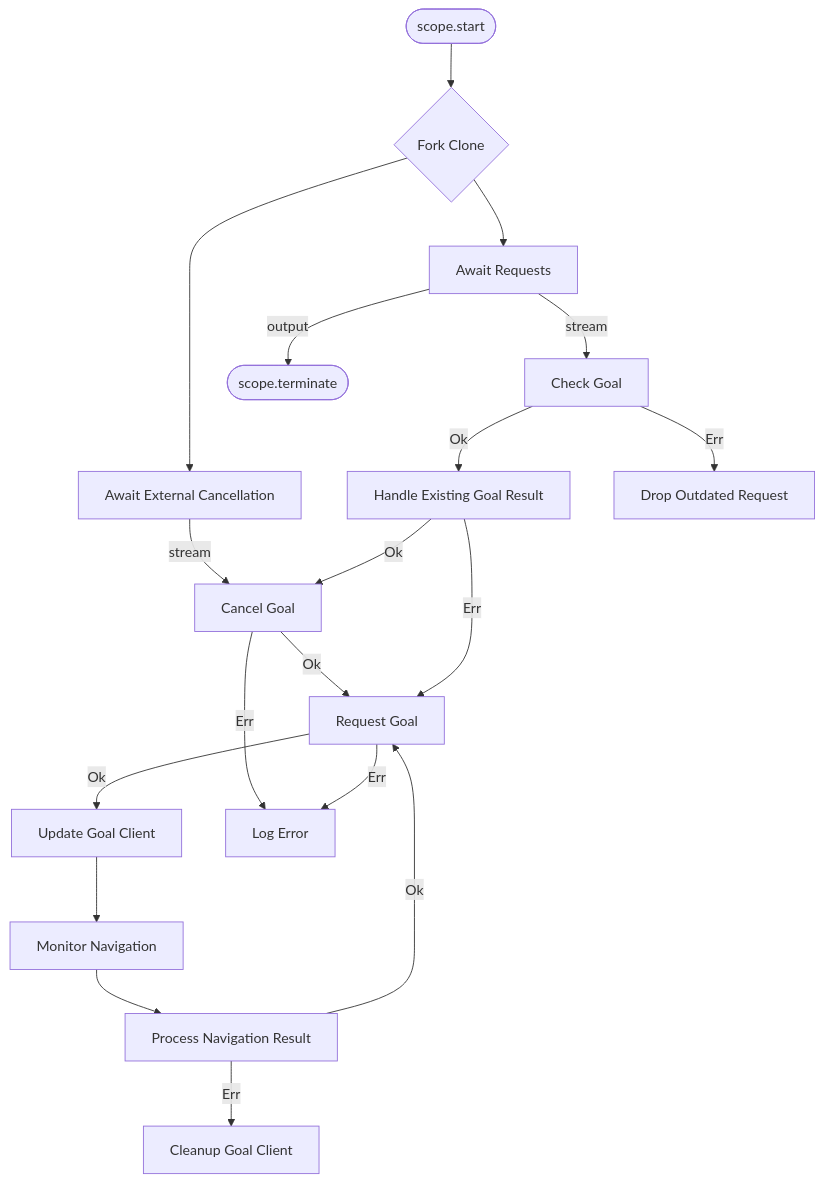
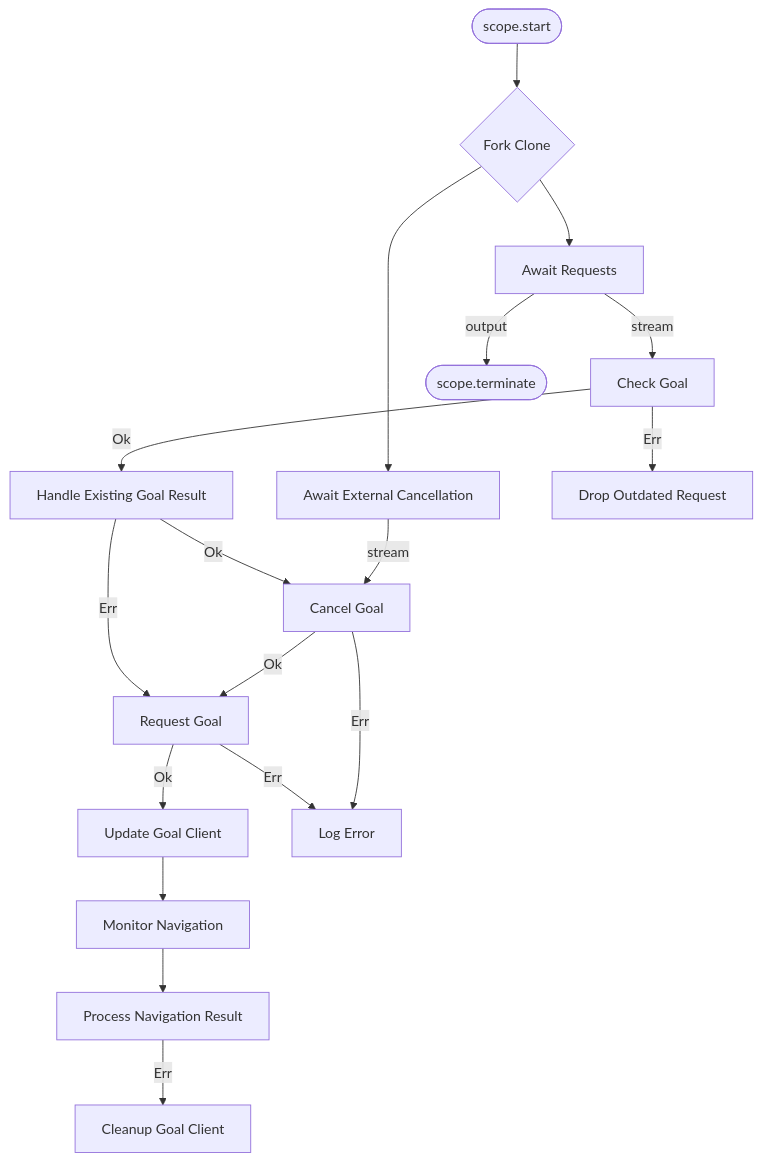
One commit to open-rmf/next_gen_prototype changed the first of 2 diagrams in nav2_integration/README.md. Above: the diagram before and after it, drawn with Mermaid. The commit also changed 16 other files, not shown here.

````diff
--- a/nav2_integration/README.md
+++ b/nav2_integration/README.md
@@ -13,30 +13,29 @@
 ```mermaid
 graph TD
     Start([scope.start]) --> ForkClone{Fork Clone}
     
     ForkClone --> AwaitReq[Await Requests]
     ForkClone --> AwaitExtCancel[Await External Cancellation]
     
     AwaitExtCancel -->|stream| CancelGoal[Cancel Goal]
     AwaitReq -->|stream| CheckGoal[Check Goal]
     
     CheckGoal -->|Ok| HandleExisting[Handle Existing Goal Result]
     CheckGoal -->|Err| Drop[Drop Outdated Request]
     
     HandleExisting -->|Ok| CancelGoal
     CancelGoal -->|Ok| RequestGoal[Request Goal]
     
     HandleExisting -->|Err| RequestGoal
     
     RequestGoal -->|Ok| UpdateGoal[Update Goal Client]
     UpdateGoal --> MonitorGoal[Monitor Navigation]
     MonitorGoal --> ProcessNav[Process Navigation Result]
 
-    ProcessNav -->|Ok| RequestGoal
     ProcessNav -->|Err| CleanupGoal[Cleanup Goal Client]
     
     CancelGoal -->|Err| LogError[Log Error]
     RequestGoal -->|Err| LogError
 
     AwaitReq -->|output| Terminate([scope.terminate])
 ```
````
